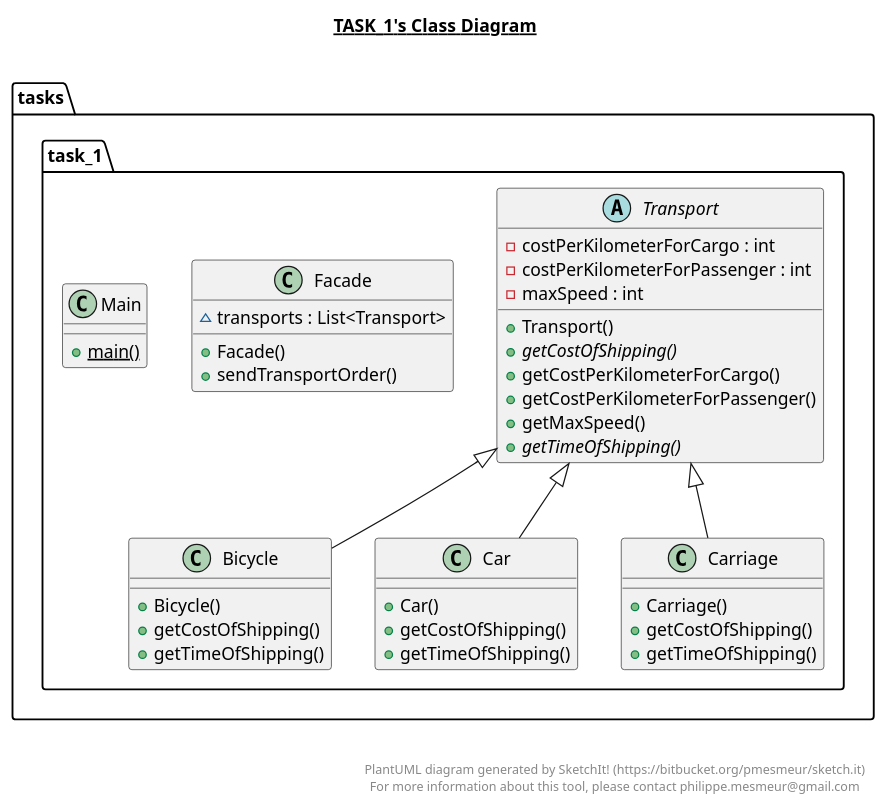
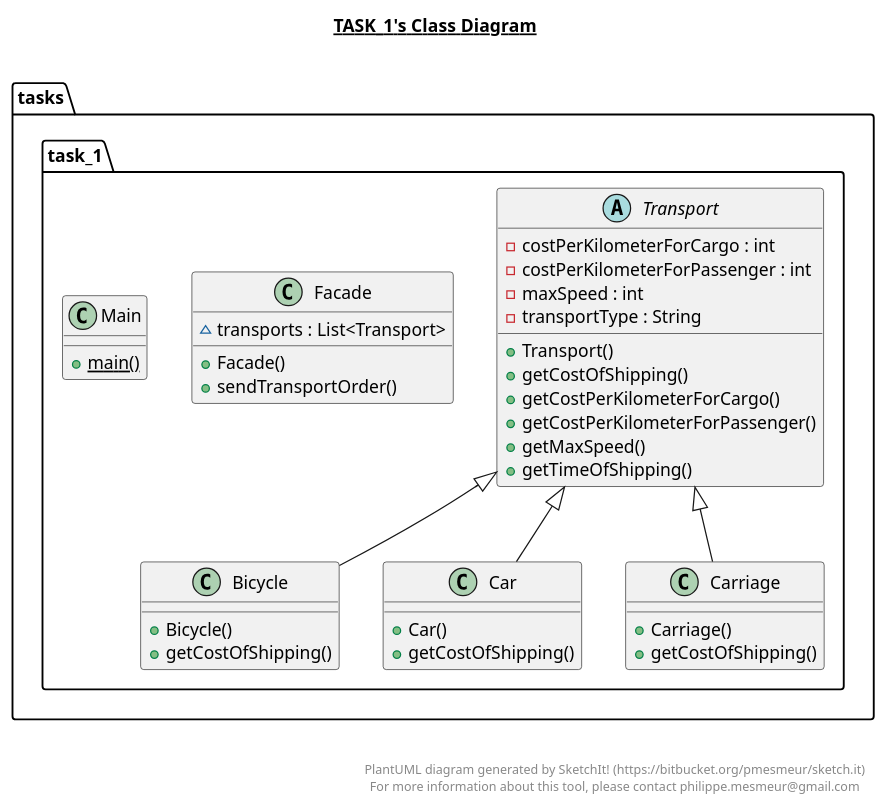
One commit to ilyasikirytski/Chapter_23 changed the diagram in src/tasks/task_1/task_1.plantuml. Above: the diagram before and after it, drawn with PlantUML. The commit also changed 6 other files, not shown here.

```diff
--- a/src/tasks/task_1/task_1.plantuml
+++ b/src/tasks/task_1/task_1.plantuml
@@ -1,75 +1,73 @@
 @startuml
 
 title __TASK_1's Class Diagram__\n
 
   namespace tasks.task_1 {
     class tasks.task_1.Bicycle {
         + Bicycle()
         + getCostOfShipping()
-        + getTimeOfShipping()
     }
   }
   
 
   namespace tasks.task_1 {
     class tasks.task_1.Car {
         + Car()
         + getCostOfShipping()
-        + getTimeOfShipping()
     }
   }
   
 
   namespace tasks.task_1 {
     class tasks.task_1.Carriage {
         + Carriage()
         + getCostOfShipping()
-        + getTimeOfShipping()
     }
   }
   
 
   namespace tasks.task_1 {
     class tasks.task_1.Facade {
         ~ transports : List<Transport>
         + Facade()
         + sendTransportOrder()
     }
   }
   
 
   namespace tasks.task_1 {
     class tasks.task_1.Main {
         {static} + main()
     }
   }
   
 
   namespace tasks.task_1 {
     abstract class tasks.task_1.Transport {
         - costPerKilometerForCargo : int
         - costPerKilometerForPassenger : int
         - maxSpeed : int
+        - transportType : String
         + Transport()
-        {abstract} + getCostOfShipping()
+        + getCostOfShipping()
         + getCostPerKilometerForCargo()
         + getCostPerKilometerForPassenger()
         + getMaxSpeed()
-        {abstract} + getTimeOfShipping()
+        + getTimeOfShipping()
     }
   }
   
 
   tasks.task_1.Bicycle -up-|> tasks.task_1.Transport
   tasks.task_1.Car -up-|> tasks.task_1.Transport
   tasks.task_1.Carriage -up-|> tasks.task_1.Transport
 
 
 right footer
 
 
 PlantUML diagram generated by SketchIt! (https://bitbucket.org/pmesmeur/sketch.it)
 For more information about this tool, please contact philippe.mesmeur@gmail.com
 endfooter
 
 @enduml
```
